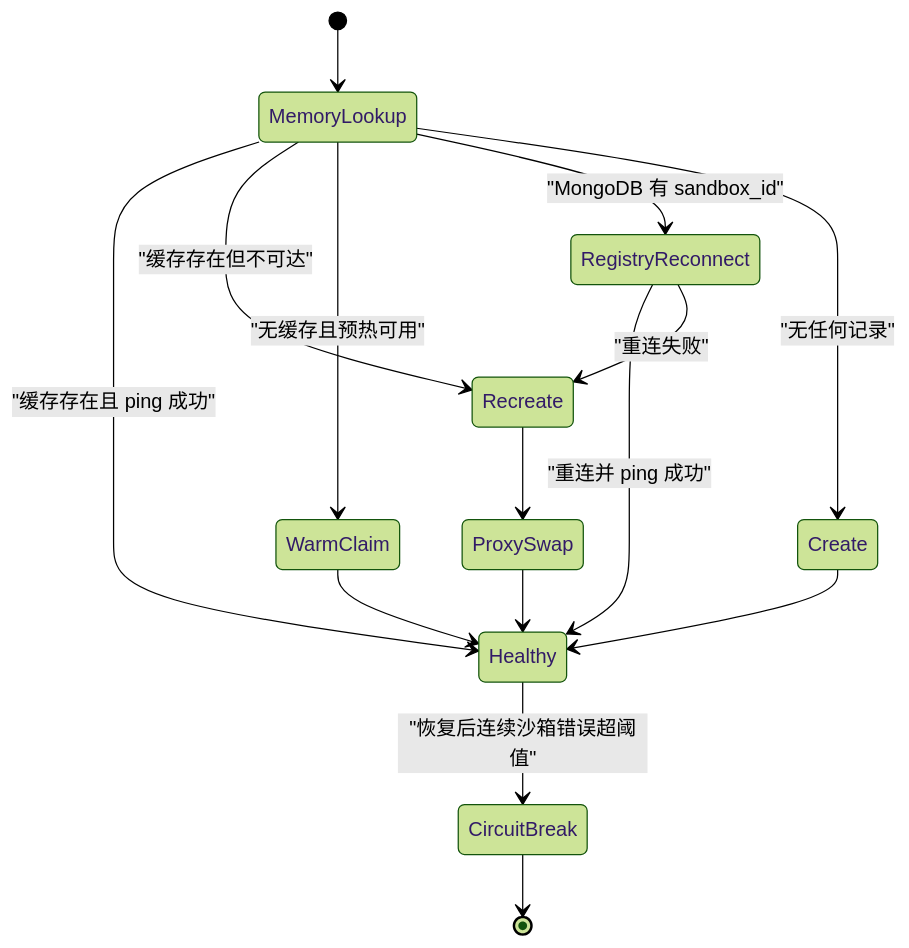
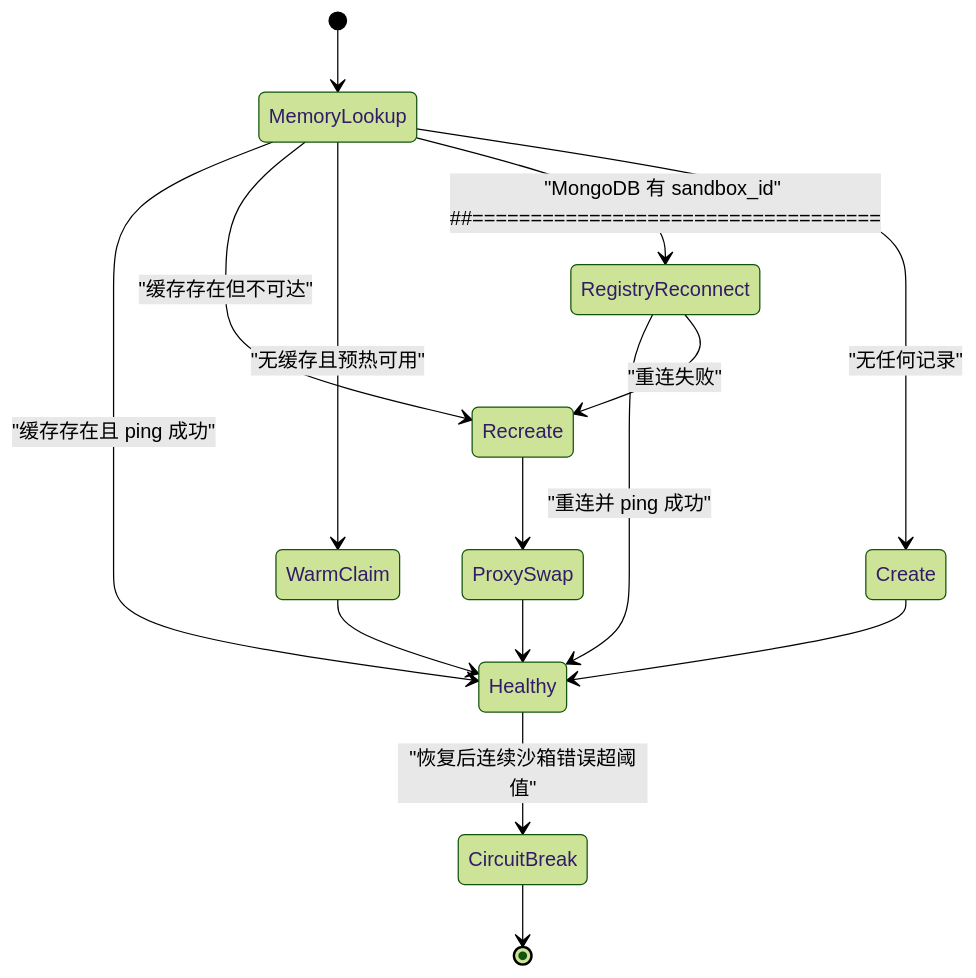
One commit to ab1821291660/ERP_OPENCLAW changed the third of 3 diagrams in z---- 从Agent到手撕OpenClaw的企业实战----基于HarnessEngineering架构的企业实战项目/v3--简单手册0911.md. Above: the diagram before and after it, drawn with Mermaid (forest theme). The commit also changed other lines of this file and 5 other files, not shown here.

````diff
--- a/z---- 从Agent到手撕OpenClaw的企业实战----基于HarnessEngineering架构的企业实战项目/v3--简单手册0911.md
+++ b/z---- 从Agent到手撕OpenClaw的企业实战----基于HarnessEngineering架构的企业实战项目/v3--简单手册0911.md
@@ -348,17 +348,17 @@
 ```mermaid
 stateDiagram-v2
     [*] --> MemoryLookup
     MemoryLookup --> Healthy: "缓存存在且 ping 成功"
     MemoryLookup --> Recreate: "缓存存在但不可达"
     MemoryLookup --> WarmClaim: "无缓存且预热可用"
-    MemoryLookup --> RegistryReconnect: "MongoDB 有 sandbox_id"
+    MemoryLookup --> RegistryReconnect: "MongoDB 有 sandbox_id" ##===================================
     MemoryLookup --> Create: "无任何记录"
     RegistryReconnect --> Healthy: "重连并 ping 成功"
     RegistryReconnect --> Recreate: "重连失败"
     WarmClaim --> Healthy
     Create --> Healthy
     Recreate --> ProxySwap
     ProxySwap --> Healthy
     Healthy --> CircuitBreak: "恢复后连续沙箱错误超阈值"
     CircuitBreak --> [*]
 ```
````
